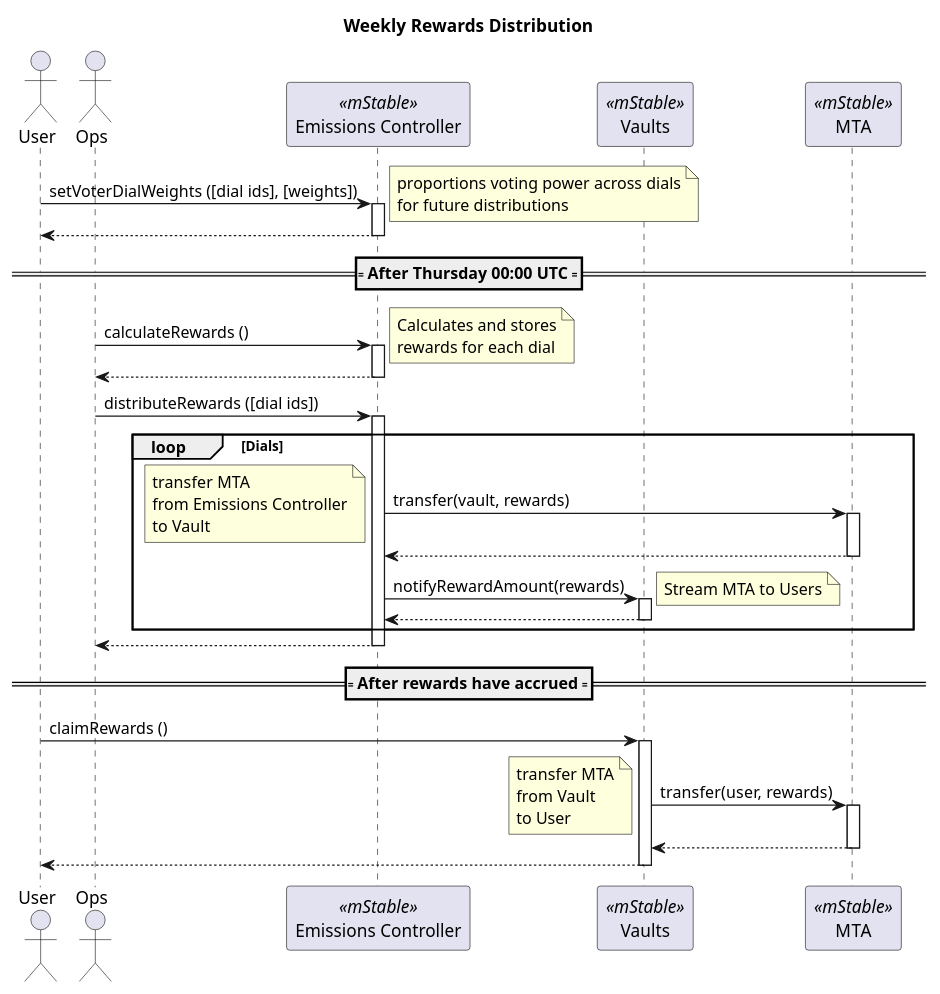
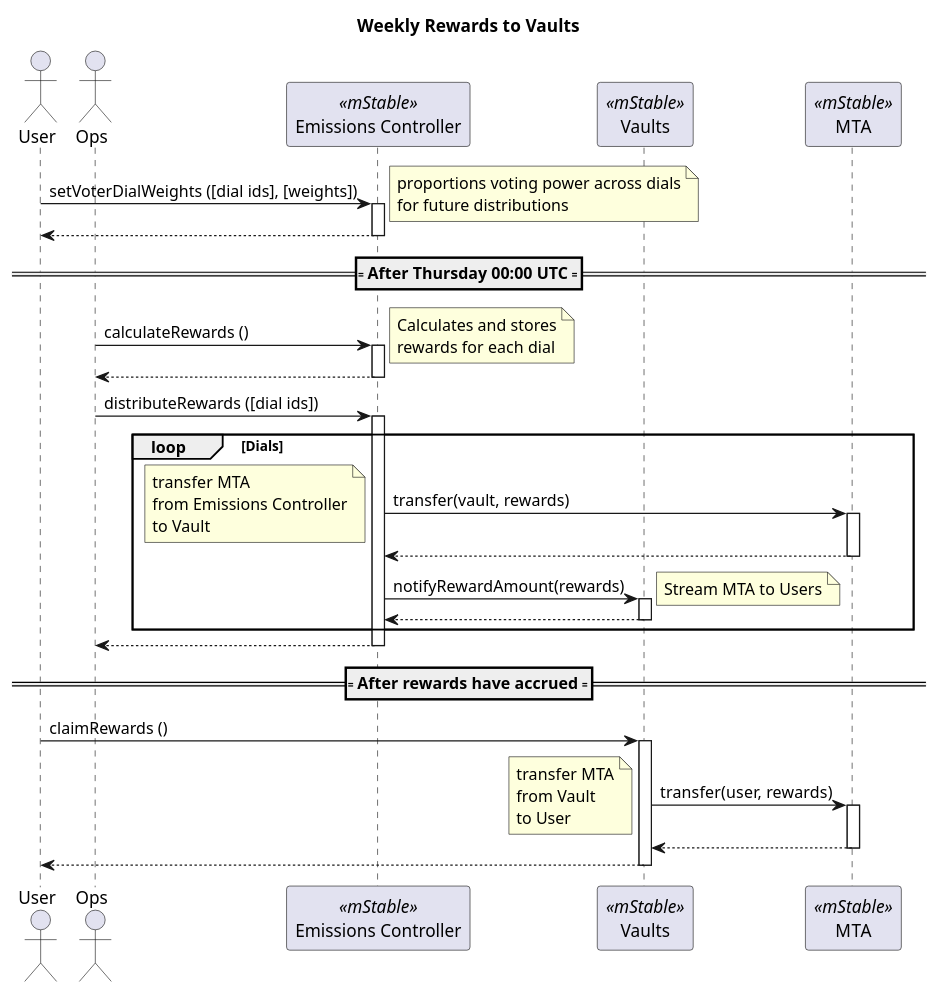
One commit to mstable/mStable-process-docs changed the diagram in emissions/weeklyEmissions.puml. Above: the diagram before and after it, drawn with PlantUML. The commit also changed 10 other files, not shown here.

```diff
--- a/emissions/weeklyEmissions.puml
+++ b/emissions/weeklyEmissions.puml
@@ -1,47 +1,47 @@
 @startuml
 
-title "Weekly Rewards Distribution"
+title "Weekly Rewards to Vaults"
 
 actor User as user
 actor Ops as ops
 participant "Emissions Controller" as ec <<mStable>>
 participant "Vaults" as vault <<mStable>>
 participant "MTA" as mta <<mStable>>
 
 user -> ec: setVoterDialWeights ([dial ids], [weights])
 activate ec
 note right: proportions voting power across dials\nfor future distributions
 return
 
 ==== After Thursday 00:00 UTC ====
 
 ops -> ec : calculateRewards ()
 activate ec
 note right: Calculates and stores\nrewards for each dial
 return
 
 ops -> ec : distributeRewards ([dial ids])
 activate ec
 loop Dials
 ec -> mta: transfer(vault, rewards)
 activate mta
 note left: transfer MTA\nfrom Emissions Controller\nto Vault
 return
 ec -> vault: notifyRewardAmount(rewards)
 activate vault
 note right: Stream MTA to Users
 return
 end
 return
 
 ==== After rewards have accrued ====
 
 user -> vault: claimRewards ()
 activate vault
 vault -> mta: transfer(user, rewards)
 activate mta
 note left: transfer MTA\nfrom Vault\nto User
 return
 return
 
 @enduml
```
